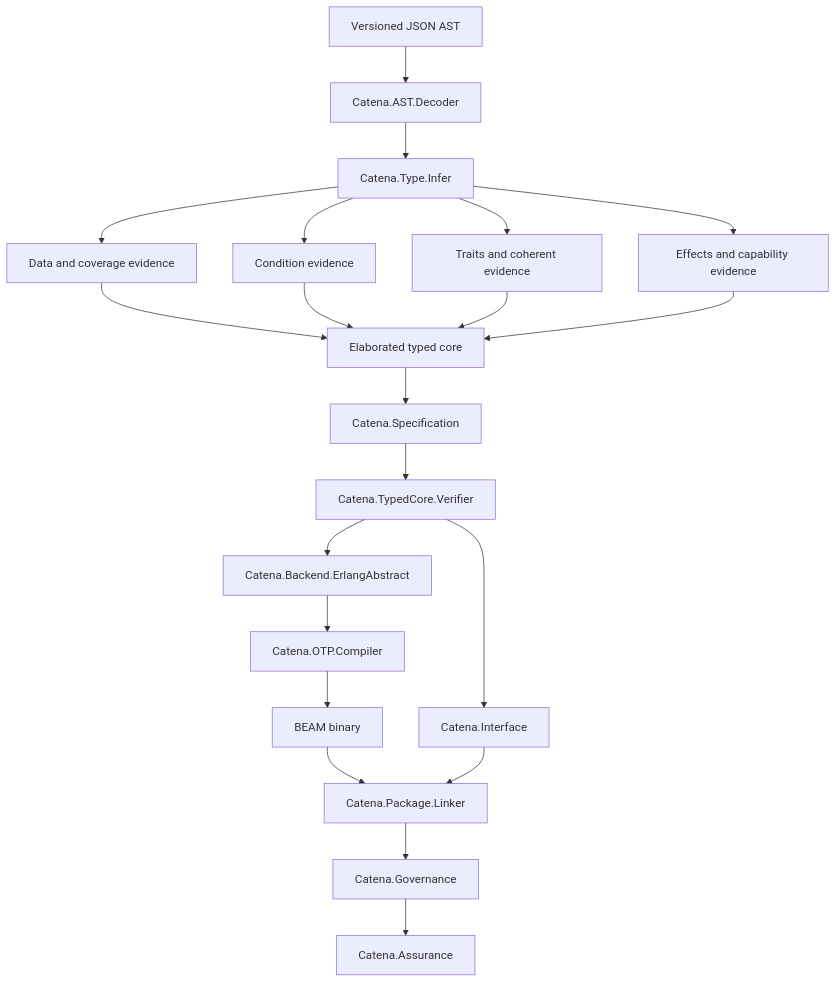
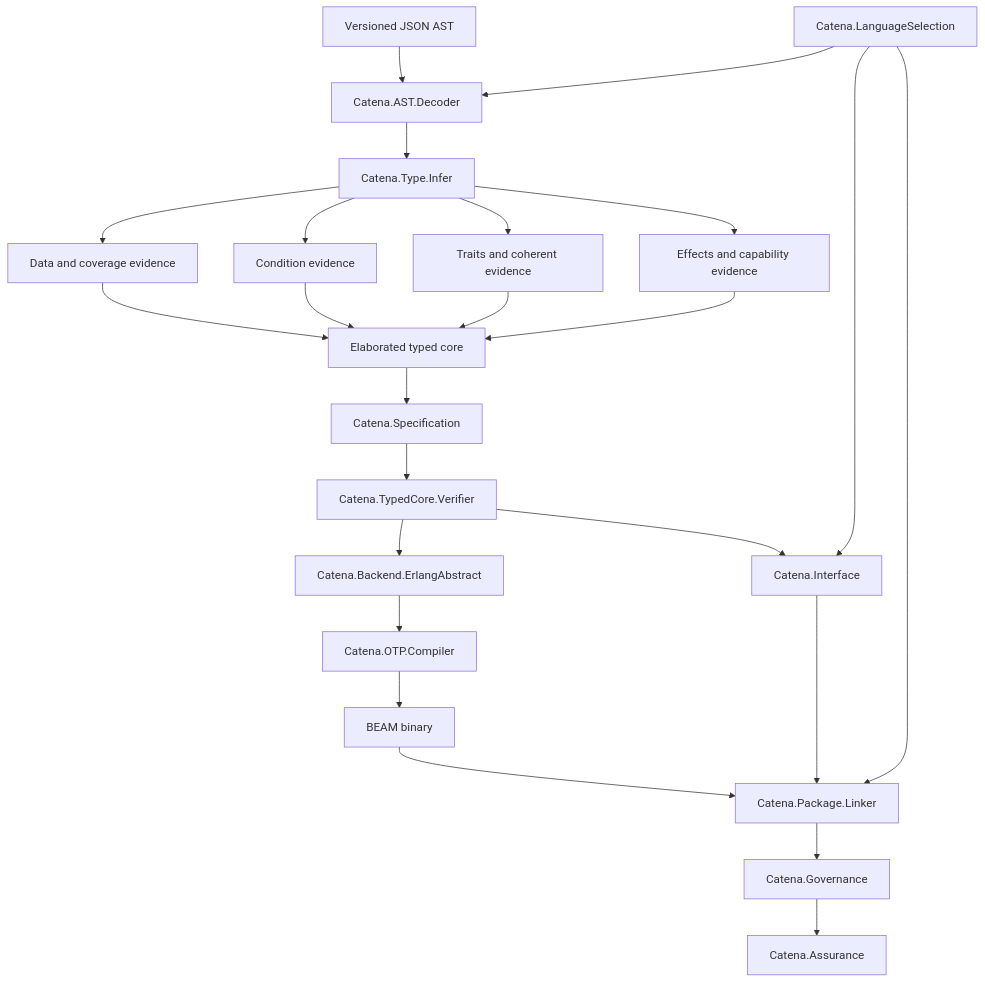
The diagram in guides/development/compiler-architecture.md (pcharbon70/catena), drawn with Mermaid before and after one commit. The commit also changed other lines of this file and 39 other files, not shown here.

````diff
--- a/guides/development/compiler-architecture.md
+++ b/guides/development/compiler-architecture.md
@@ -45,24 +45,27 @@
 ```mermaid
 flowchart TD
     JSON[Versioned JSON AST] --> Decoder[Catena.AST.Decoder]
+    Selection[Catena.LanguageSelection] --> Decoder
     Decoder --> Infer[Catena.Type.Infer]
     Infer --> Data[Data and coverage evidence]
     Infer --> Cond[Condition evidence]
     Infer --> Cat[Traits and coherent evidence]
     Infer --> FX[Effects and capability evidence]
     Data --> Core[Elaborated typed core]
     Cond --> Core
     Cat --> Core
     FX --> Core
     Core --> Spec[Catena.Specification]
     Spec --> Verify[Catena.TypedCore.Verifier]
     Verify --> Backend[Catena.Backend.ErlangAbstract]
     Backend --> OTP[Catena.OTP.Compiler]
     OTP --> Beam[BEAM binary]
     Verify --> Interface[Catena.Interface]
 
     Beam --> Linker[Catena.Package.Linker]
     Interface --> Linker
+    Selection --> Interface
+    Selection --> Linker
     Linker --> Governance[Catena.Governance]
     Governance --> Assurance[Catena.Assurance]
 ```
````
